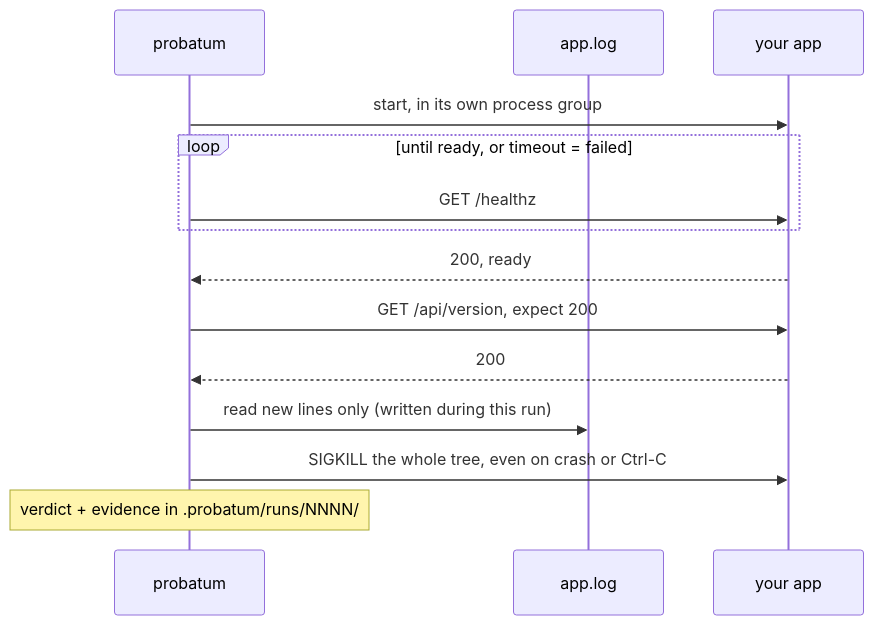
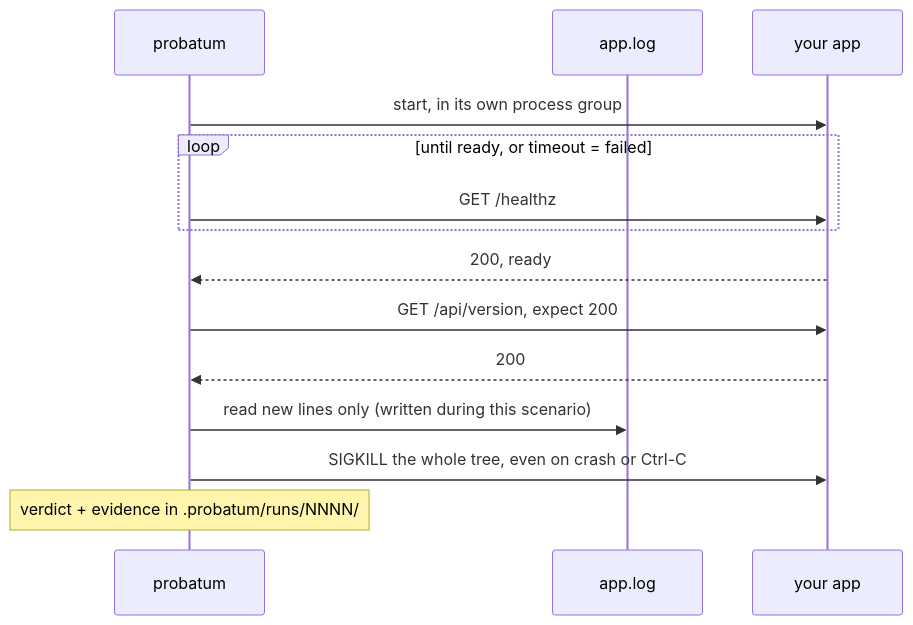
One commit to probatum-org/probatum changed the second of 2 diagrams in README.md. Above: the diagram before and after it, drawn with Mermaid. The commit also changed other lines of this file and 27 other files, not shown here.

````diff
--- a/README.md
+++ b/README.md
@@ -108,17 +176,17 @@
 ```mermaid
 sequenceDiagram
     participant probatum
     participant log as app.log
     participant app as your app
 
     probatum->>app: start, in its own process group
     loop until ready, or timeout = failed
         probatum->>app: GET /healthz
     end
     app-->>probatum: 200, ready
     probatum->>app: GET /api/version, expect 200
     app-->>probatum: 200
-    probatum->>log: read new lines only (written during this run)
+    probatum->>log: read new lines only (written during this scenario)
     probatum->>app: SIGKILL the whole tree, even on crash or Ctrl-C
     Note over probatum: verdict + evidence in .probatum/runs/NNNN/
 ```
````
